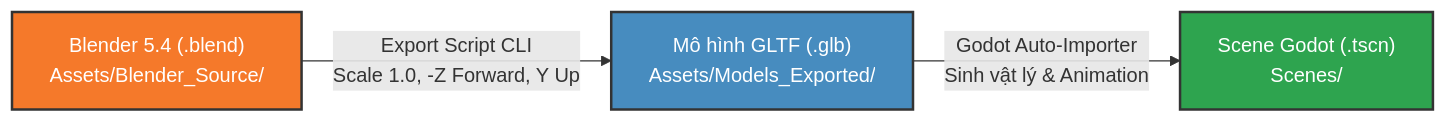
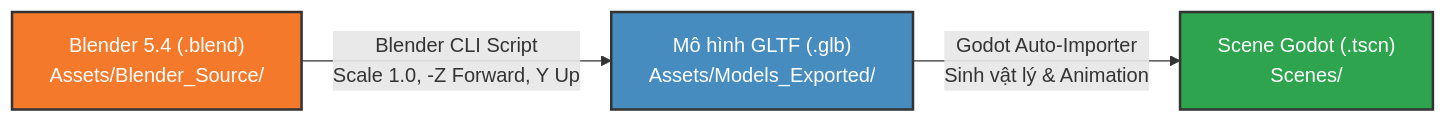
The third of 3 diagrams in README.md (namsoaica/gamexnhau), drawn with Mermaid before and after one commit. The commit also changed other lines of this file and 31 other files, not shown here.

````diff
--- a/README.md
+++ b/README.md
@@ -356,8 +342,8 @@
 ```mermaid
 flowchart LR
-    A["Blender 5.4 (.blend)<br/>Assets/Blender_Source/"] -->|Export Script CLI<br/>Scale 1.0, -Z Forward, Y Up| B["Mô hình GLTF (.glb)<br/>Assets/Models_Exported/"]
+    A["Blender 5.4 (.blend)<br/>Assets/Blender_Source/"] -->|Blender CLI Script<br/>Scale 1.0, -Z Forward, Y Up| B["Mô hình GLTF (.glb)<br/>Assets/Models_Exported/"]
     B -->|Godot Auto-Importer<br/>Sinh vật lý & Animation| C["Scene Godot (.tscn)<br/>Scenes/"]
     style A fill:#f5792a,stroke:#333,stroke-width:2px,color:#fff
     style B fill:#478cbf,stroke:#333,stroke-width:2px,color:#fff
     style C fill:#2ea44f,stroke:#333,stroke-width:2px,color:#fff
 ```
````
